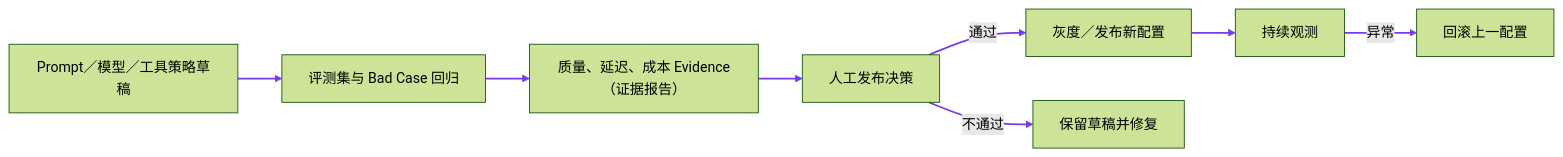
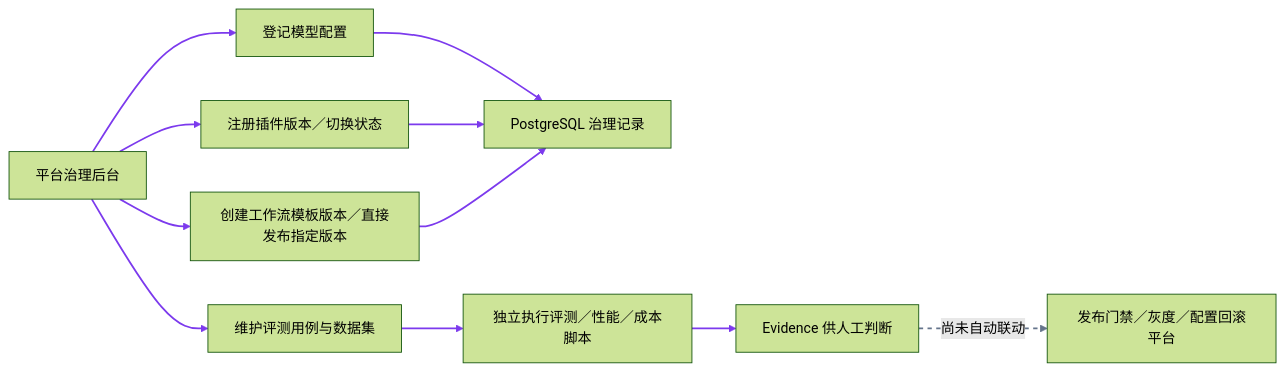
One commit to monstereatai/RAG changed diagram 29 of 29 in docs/interview/功能步骤流程.md. Above: the diagram before and after it, drawn with Mermaid (forest theme). The commit also changed other lines of this file and 37 other files, not shown here.

````diff
--- a/docs/interview/功能步骤流程.md
+++ b/docs/interview/功能步骤流程.md
@@ -1109,11 +1244,15 @@
 ```mermaid
 flowchart LR
-  A[Prompt／模型／工具策略草稿] --> B[评测集与 Bad Case 回归]
-  B --> C[质量、延迟、成本 Evidence（证据报告）]
-  C --> D[人工发布决策]
-  D -->|通过| E[灰度／发布新配置]
-  E --> F[持续观测]
-  D -->|不通过| G[保留草稿并修复]
-  F -->|异常| H[回滚上一配置]
-  linkStyle 0,1,2,3,4,5,6 stroke:#7c3aed,stroke-width:2px
+  A[平台治理后台] --> B[登记模型配置]
+  A --> C[注册插件版本／切换状态]
+  A --> D[创建工作流模板版本／直接发布指定版本]
+  A --> E[维护评测用例与数据集]
+  B --> F[PostgreSQL 治理记录]
+  C --> F
+  D --> F
+  E --> G[独立执行评测／性能／成本脚本]
+  G --> H[Evidence 供人工判断]
+  H -. 尚未自动联动 .-> I[发布门禁／灰度／配置回滚平台]
+  linkStyle 0,1,2,3,4,5,6,7,8 stroke:#7c3aed,stroke-width:2px
+  linkStyle 9 stroke:#64748b,stroke-width:2px,stroke-dasharray:5 5
 ```
````
